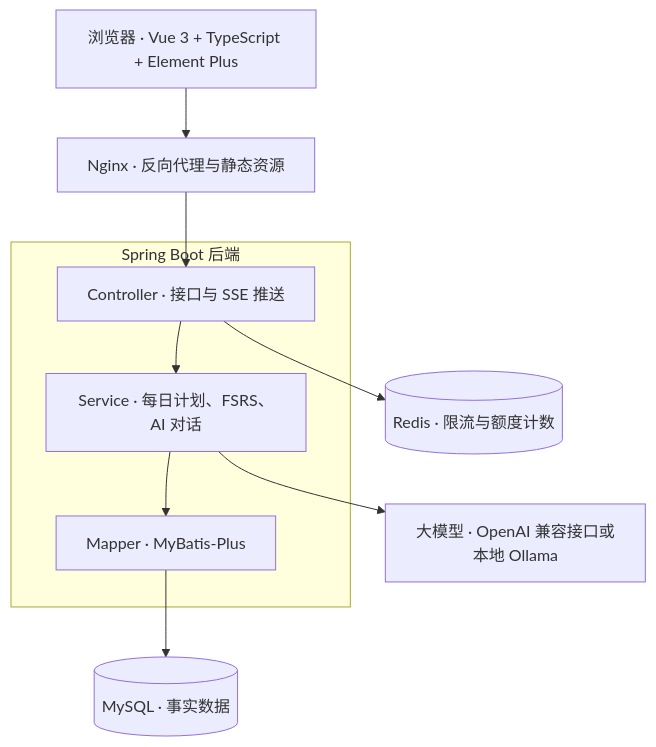
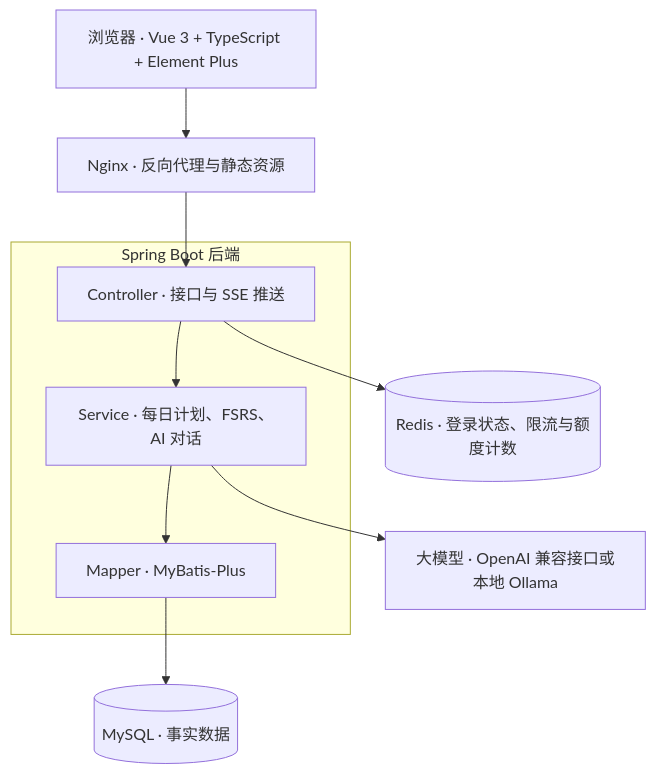
The first of 2 diagrams in docs/tech-design.md (lemon111345/wengu-learn), drawn with Mermaid before and after one commit. The commit also changed other lines of this file and 7 other files, not shown here.

````diff
--- a/docs/tech-design.md
+++ b/docs/tech-design.md
@@ -9,12 +9,12 @@
 ```mermaid
 flowchart TB
     FE[浏览器 · Vue 3 + TypeScript + Element Plus] --> NG[Nginx · 反向代理与静态资源]
     NG --> CTL
     subgraph BE[Spring Boot 后端]
         CTL[Controller · 接口与 SSE 推送] --> SVC[Service · 每日计划、FSRS、AI 对话]
         SVC --> MAP[Mapper · MyBatis-Plus]
     end
-    CTL --> RD[(Redis · 限流与额度计数)]
+    CTL --> RD[(Redis · 登录状态、限流与额度计数)]
     SVC --> LLM[大模型 · OpenAI 兼容接口或本地 Ollama]
     MAP --> DB[(MySQL · 事实数据)]
 ```
````
